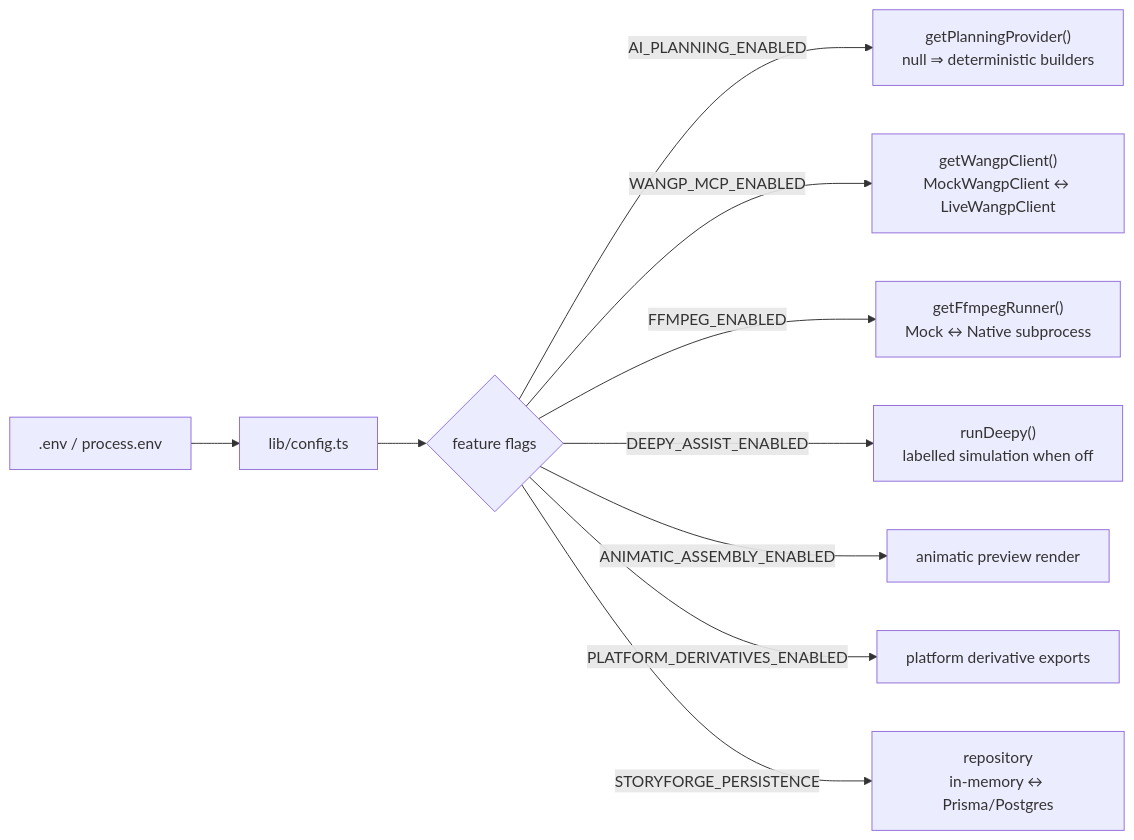
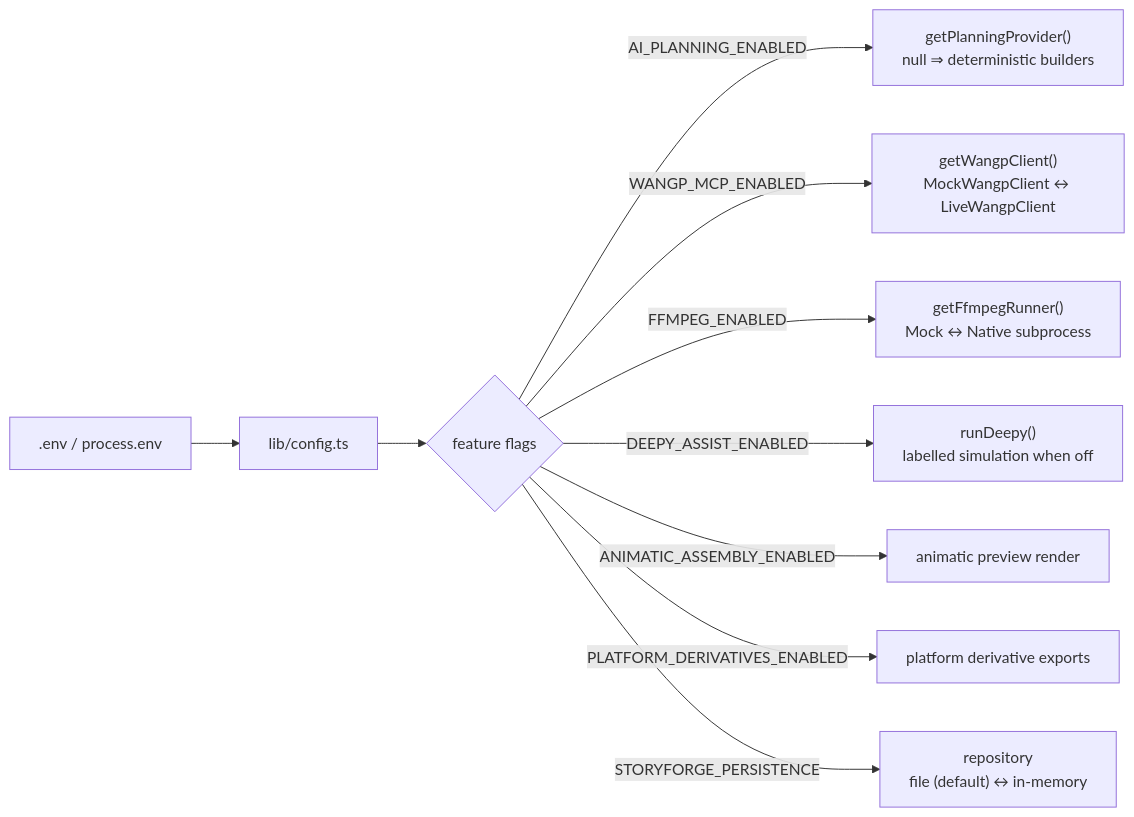
Before and after one commit to jamesbas/storyforgeai: diagram 18 of 20 in docs/architecture.md, drawn with Mermaid. The commit also changed other lines of this file and 3 other files, not shown here.

First line of the commit message:
Bring architecture.md back in line with the code (v2.63)

````diff
--- a/docs/architecture.md
+++ b/docs/architecture.md
@@ -1527,13 +1667,13 @@
 ```mermaid
 flowchart LR
     env[".env / process.env"] --> cfg["lib/config.ts"]
     cfg --> flags{"feature flags"}
 
     flags -->|AI_PLANNING_ENABLED| llm["getPlanningProvider()<br/>null ⇒ deterministic builders"]
     flags -->|WANGP_MCP_ENABLED| wangp["getWangpClient()<br/>MockWangpClient ↔ LiveWangpClient"]
     flags -->|FFMPEG_ENABLED| ff["getFfmpegRunner()<br/>Mock ↔ Native subprocess"]
     flags -->|DEEPY_ASSIST_ENABLED| dp["runDeepy()<br/>labelled simulation when off"]
     flags -->|ANIMATIC_ASSEMBLY_ENABLED| an["animatic preview render"]
     flags -->|PLATFORM_DERIVATIVES_ENABLED| pd["platform derivative exports"]
-    flags -->|STORYFORGE_PERSISTENCE| repo["repository<br/>in-memory ↔ Prisma/Postgres"]
+    flags -->|STORYFORGE_PERSISTENCE| repo["repository<br/>file (default) ↔ in-memory"]
 ```
````
